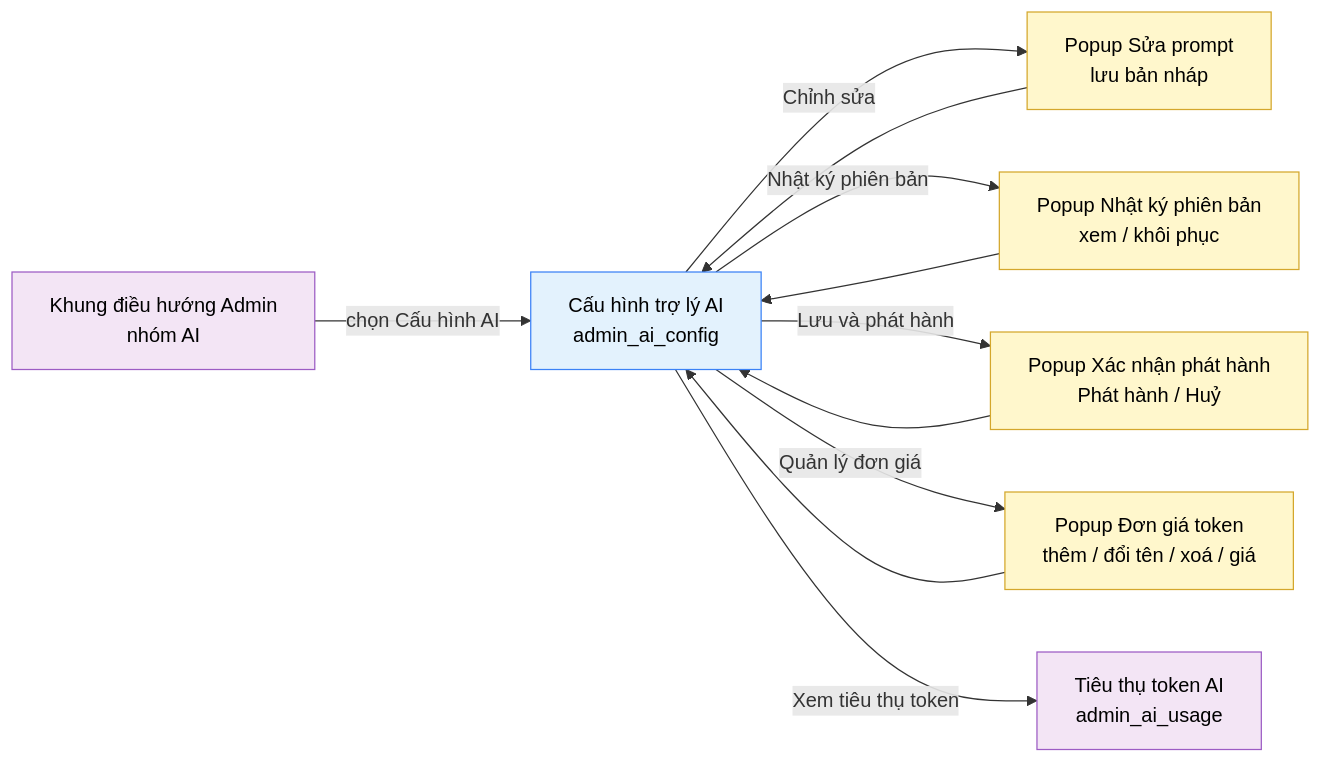
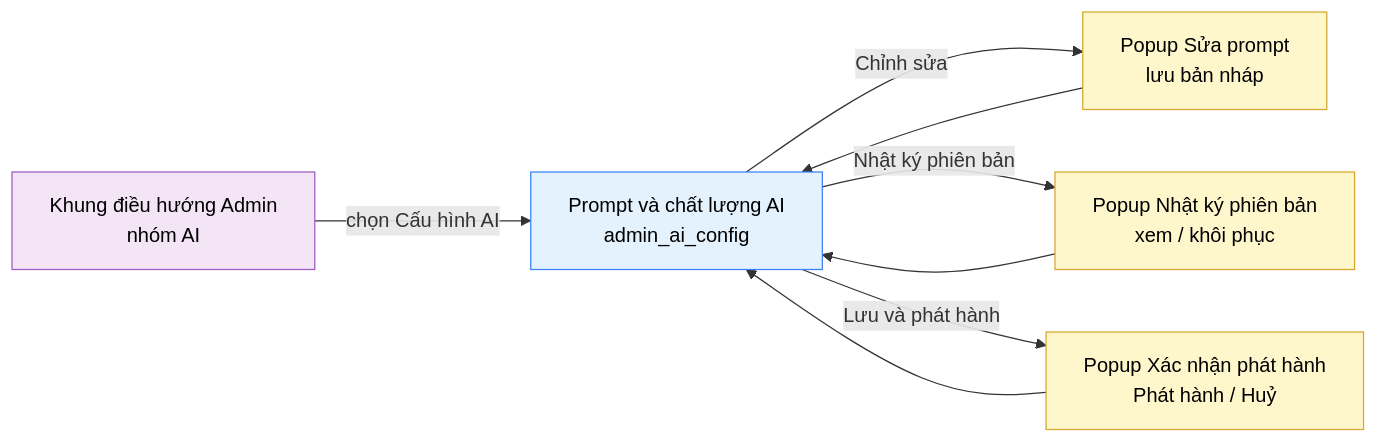
The diagram in 02-bd/screens/admin/ADM0301_ai_config.md (daiphu1801/PRJ_ALGOPREP), drawn with Mermaid before and after one commit. The commit also changed other lines of this file and 458 other files, not shown here.

````diff
--- a/02-bd/screens/admin/ADM0301_ai_config.md
+++ b/02-bd/screens/admin/ADM0301_ai_config.md
@@ -170,21 +155,18 @@
 ```mermaid
 flowchart LR
-    nav["Khung điều hướng Admin<br/>nhóm AI"] -->|"chọn Cấu hình AI"| main["Cấu hình trợ lý AI<br/>admin_ai_config"]
+    nav["Khung điều hướng Admin<br/>nhóm AI"] -->|"chọn Cấu hình AI"| main["Prompt và chất lượng AI<br/>admin_ai_config"]
     main -->|"Chỉnh sửa"| edit["Popup Sửa prompt<br/>lưu bản nháp"]
     main -->|"Nhật ký phiên bản"| history["Popup Nhật ký phiên bản<br/>xem / khôi phục"]
     main -->|"Lưu và phát hành"| confirm["Popup Xác nhận phát hành<br/>Phát hành / Huỷ"]
-    main -->|"Quản lý đơn giá"| prices["Popup Đơn giá token<br/>thêm / đổi tên / xoá / giá"]
     edit --> main
     history --> main
     confirm --> main
-    prices --> main
-    main -->|"Xem tiêu thụ token"| usage["Tiêu thụ token AI<br/>admin_ai_usage"]
 
     classDef source fill:#F3E5F5,stroke:#9C5CC4,color:#000
     classDef screen fill:#E3F2FD,stroke:#3B82F6,color:#000
     classDef popup fill:#FFF7CC,stroke:#D4A72C,color:#000
 
-    class nav,usage source
+    class nav source
     class main screen
-    class edit,history,confirm,prices popup
+    class edit,history,confirm popup
 ```
````
